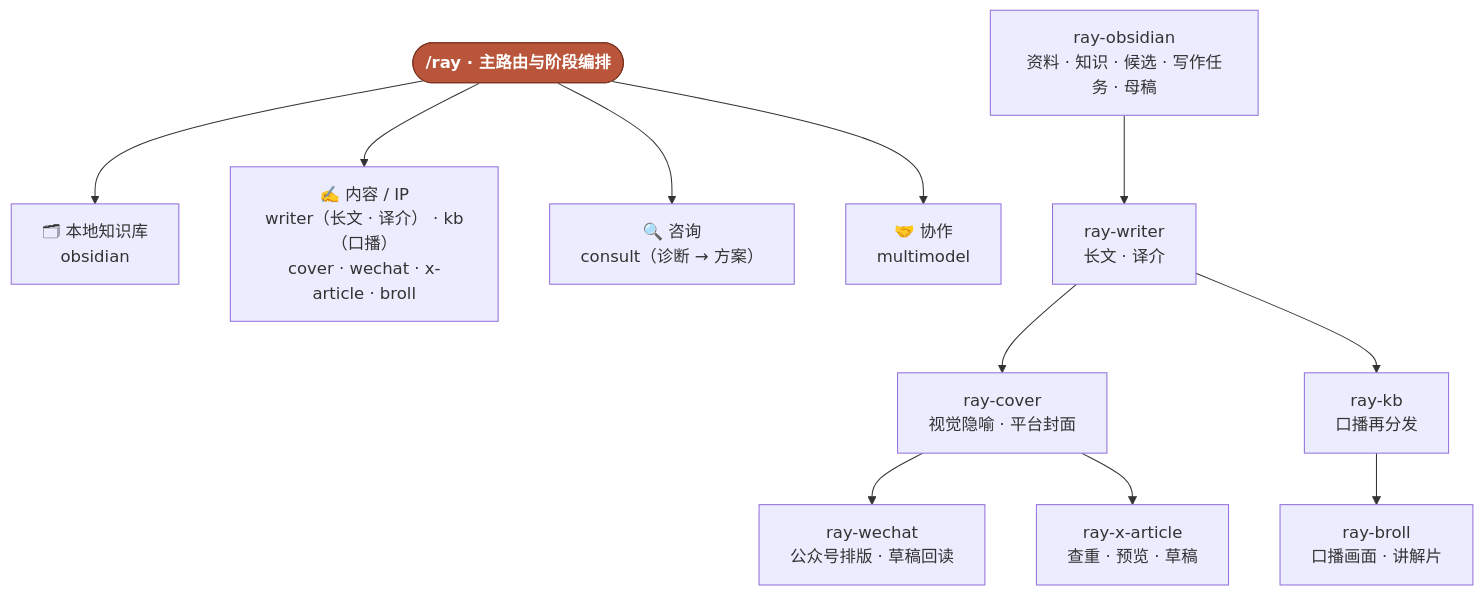
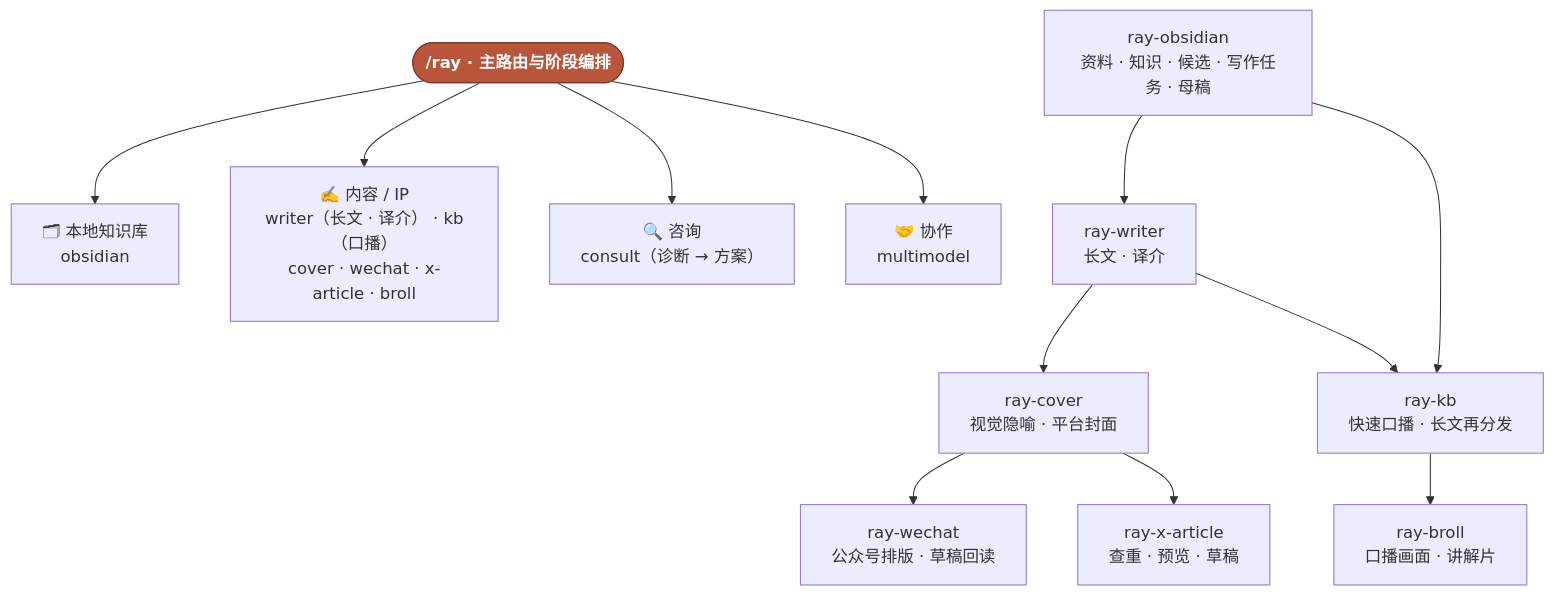
One commit to imraywang/rayskills changed the diagram in README.md. Above: the diagram before and after it, drawn with Mermaid. The commit also changed other lines of this file and 35 other files, not shown here.

First line of the commit message:
ray-kb/ray-writer: 写作规则改为表达先行的五条最小规则

````diff
--- a/README.md
+++ b/README.md
@@ -66,18 +71,19 @@
 ```mermaid
 flowchart TD
     RAY(["/ray · 主路由与阶段编排"]):::hub
 
     RAY --> KNOWLEDGE["🗂 本地知识库<br/>obsidian"]
     RAY --> CONTENT["✍️ 内容 / IP<br/>writer（长文 · 译介） · kb（口播）<br/>cover · wechat · x-article · broll"]
     RAY --> CONSULT["🔍 咨询<br/>consult（诊断 → 方案）"]
     RAY --> COLLAB["🤝 协作<br/>multimodel"]
 
     OBSIDIAN["ray-obsidian<br/>资料 · 知识 · 候选 · 写作任务 · 母稿"] --> WRITER["ray-writer<br/>长文 · 译介"]
     WRITER --> COVER["ray-cover<br/>视觉隐喻 · 平台封面"]
-    WRITER --> KB["ray-kb<br/>口播再分发"]
+    OBSIDIAN --> KB["ray-kb<br/>快速口播 · 长文再分发"]
+    WRITER --> KB
     KB --> BROLL["ray-broll<br/>口播画面 · 讲解片"]
     COVER --> WECHAT["ray-wechat<br/>公众号排版 · 草稿回读"]
     COVER --> XARTICLE["ray-x-article<br/>查重 · 预览 · 草稿"]
 
     classDef hub fill:#b8553a,stroke:#7a3320,color:#fff,font-weight:bold;
 ```
````
